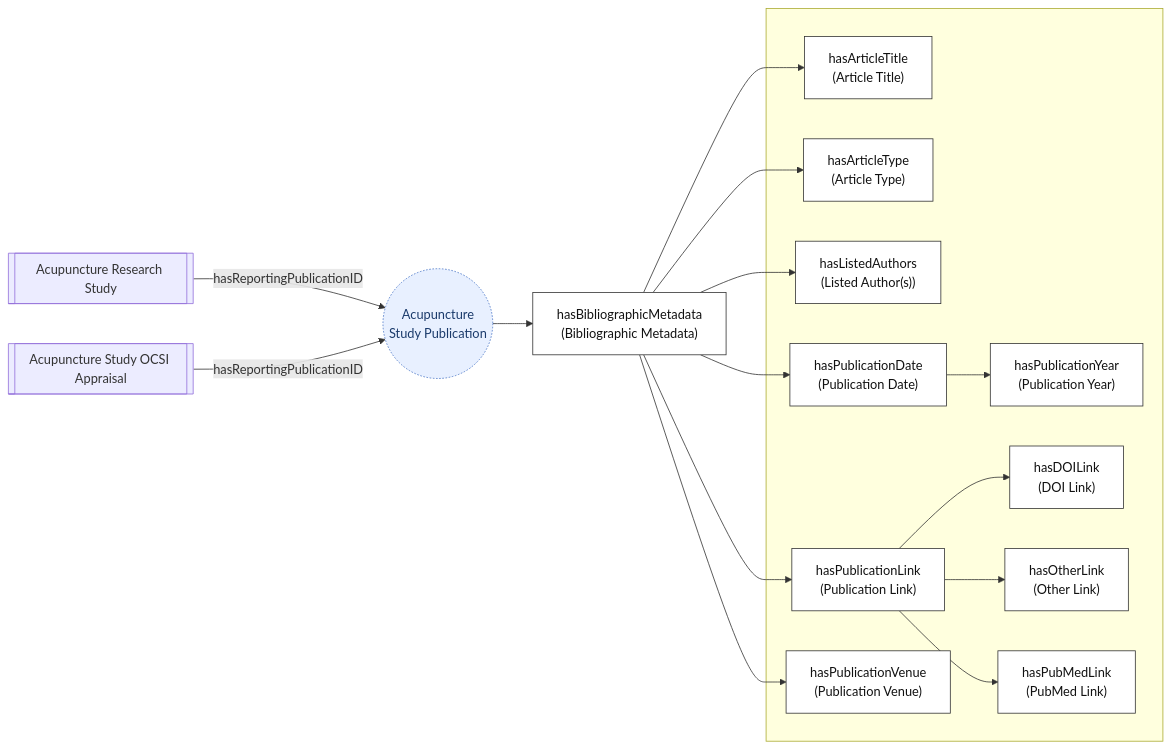
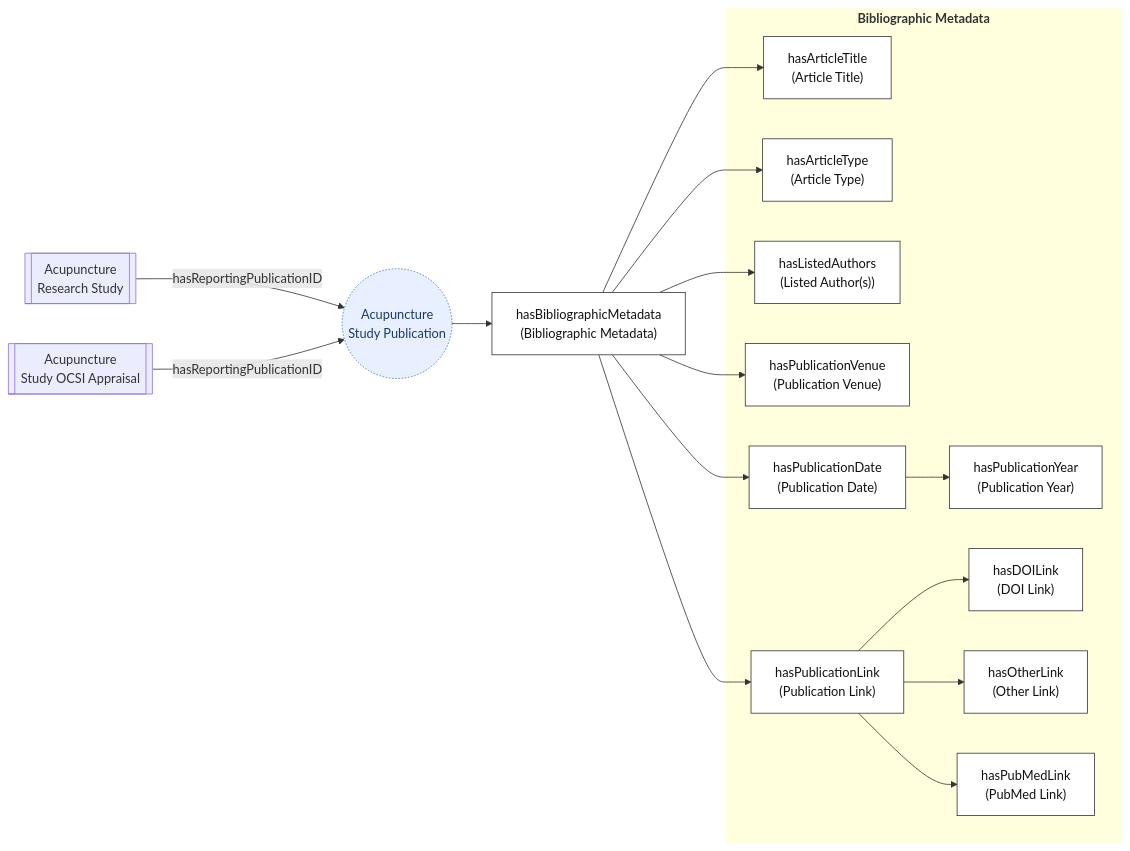
The second of 5 diagrams in ontology-files/base/articles-kb/articles-kb-core/README.md (smtifahim/TARA-Ontology-Repository), drawn with Mermaid before and after one commit. The commit also changed other lines of this file, not shown here.

````diff
--- a/ontology-files/base/articles-kb/articles-kb-core/README.md
+++ b/ontology-files/base/articles-kb/articles-kb-core/README.md
@@ -48,37 +48,39 @@
 ```mermaid
 flowchart LR
     classDef group fill:#eee,stroke:#999,stroke-dasharray: 3 3,color:#555
     classDef field fill:#ffffff,stroke:#333,color:#111
     classDef linked fill:#e8f0ff,stroke:#4472c4,stroke-dasharray: 2 2,color:#1a3a6b
+    style BIB_FIELDS stroke:none
 
     PUB(("Acupuncture<br/>Study Publication")):::field
     BIB["hasBibliographicMetadata<br/>(Bibliographic Metadata)"]:::field
 
-    subgraph BIB_FIELDS [" "]
+    subgraph BIB_FIELDS ["<b>Bibliographic Metadata</b>"]
         TITLE["hasArticleTitle<br/>(Article Title)"]:::field
         ATYPE["hasArticleType<br/>(Article Type)"]:::field
         AUTH["hasListedAuthors<br/>(Listed Author(s))"]:::field
+        PVENUE["hasPublicationVenue<br/>(Publication Venue)"]:::field
         PDATE["hasPublicationDate<br/>(Publication Date)"]:::field
-        PLINK["hasPublicationLink<br/>(Publication Link)"]:::field
-        VENUE["hasPublicationVenue<br/>(Publication Venue)"]:::field
+        LINK["hasPublicationLink<br/>(Publication Link)"]:::field
+        
         PYEAR["hasPublicationYear<br/>(Publication Year)"]:::field
         DOI["hasDOILink<br/>(DOI Link)"]:::field
         OTHER["hasOtherLink<br/>(Other Link)"]:::field
         PUBMED["hasPubMedLink<br/>(PubMed Link)"]:::field
     end
 
     PUB --> BIB
+    BIB --> ATYPE
     BIB --> TITLE
-    BIB --> ATYPE
     BIB --> AUTH
     BIB --> PDATE --> PYEAR
-    BIB --> PLINK
-    PLINK --> DOI
-    PLINK --> OTHER
-    PLINK --> PUBMED
-    BIB --> VENUE
+    BIB --> PVENUE
 
-    STUDY_EXT[["Acupuncture Research Study"]] -- hasReportingPublicationID --> PUB:::linked
+    BIB --> LINK
+            LINK --> DOI
+            LINK --> OTHER
+            LINK --> PUBMED
     
-    OCSI_EXT[["Acupuncture Study OCSI Appraisal"]] -- hasReportingPublicationID --> PUB:::linked
+    STUDY_EXT[["Acupuncture<br/>Research Study"]] -- hasReportingPublicationID --> PUB:::linked
+    OCSI_EXT[["Acupuncture<br/>Study OCSI Appraisal"]] -- hasReportingPublicationID --> PUB:::linked
 ```
````
